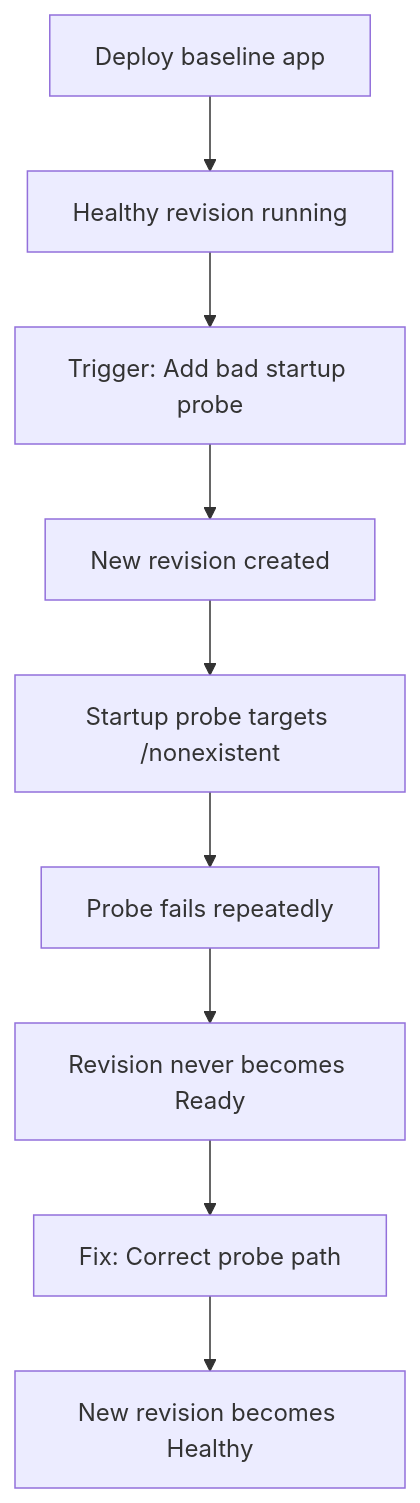
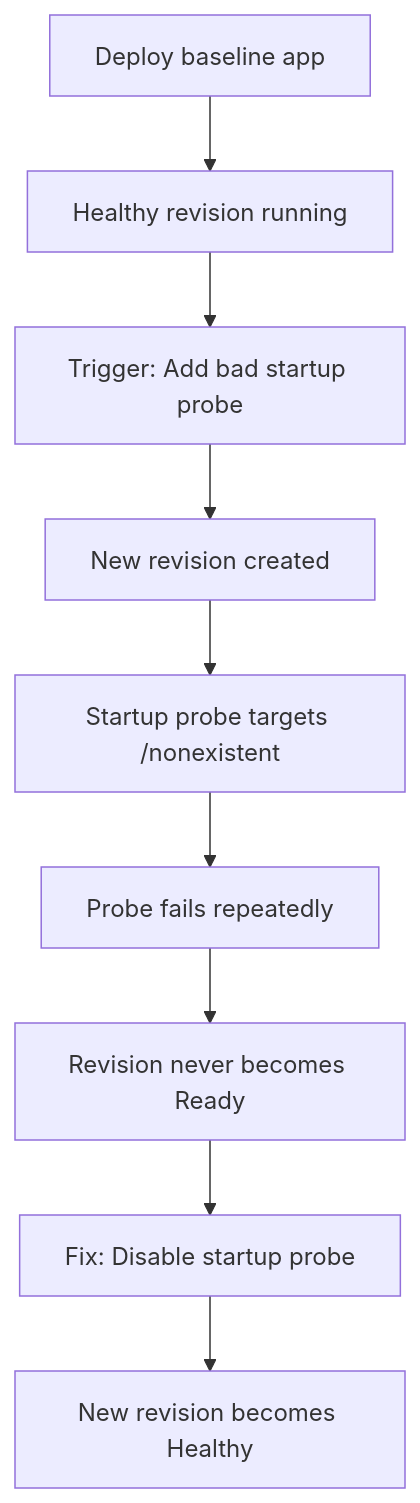
The diagram in docs/troubleshooting/lab-guides/revision-provisioning-failure.md (yeongseon/azure-container-apps-practical-guide), drawn with Mermaid before and after one commit. The commit also changed other lines of this file and 5 other files, not shown here.

````diff
--- a/docs/troubleshooting/lab-guides/revision-provisioning-failure.md
+++ b/docs/troubleshooting/lab-guides/revision-provisioning-failure.md
@@ -23,11 +23,11 @@
 ```mermaid
 flowchart TD
     A[Deploy baseline app] --> B[Healthy revision running]
     B --> C[Trigger: Add bad startup probe]
     C --> D[New revision created]
     D --> E[Startup probe targets /nonexistent]
     E --> F[Probe fails repeatedly]
     F --> G[Revision never becomes Ready]
-    G --> H[Fix: Correct probe path]
+    G --> H[Fix: Disable startup probe]
     H --> I[New revision becomes Healthy]
 ```
````
